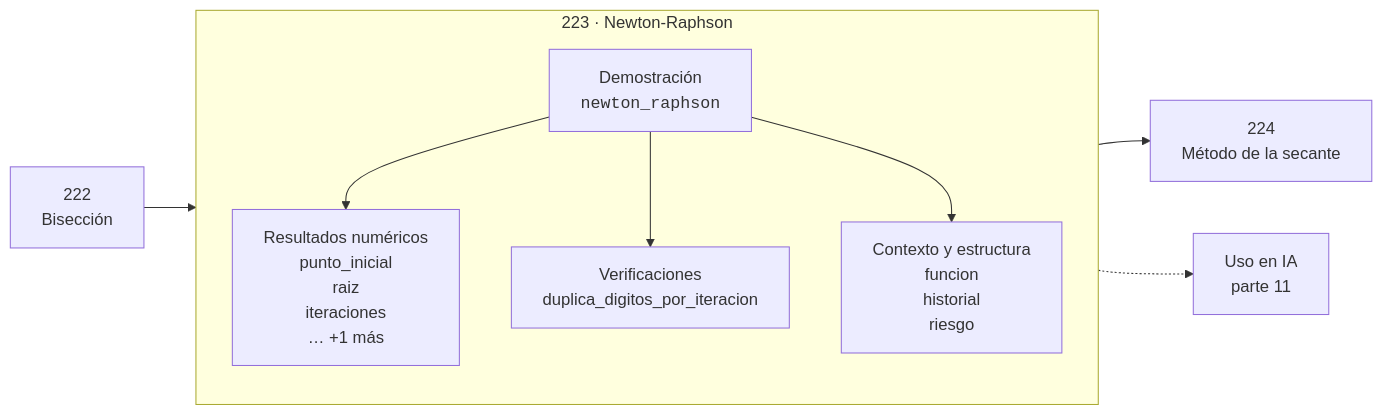
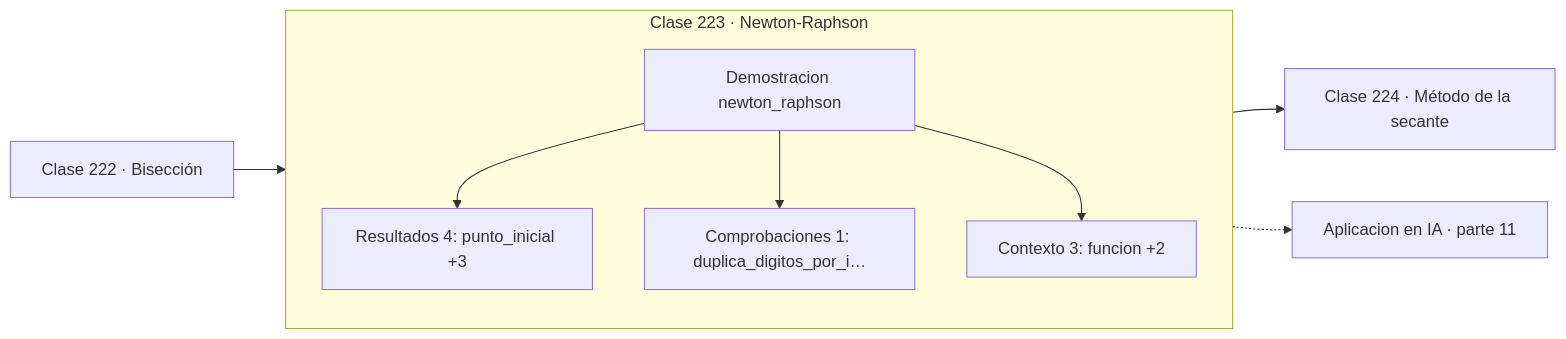
One commit to vladimiracunadev-create/computational-mathematics-program changed the diagram in classes/part-11-metodos-numericos-y-computacion-cientifica/223-newton-raphson/README.md. Above: the diagram before and after it, drawn with Mermaid. The commit also changed 389 other files, not shown here.

First line of the commit message:
fix(diagramas): elimina el HTML de las etiquetas Mermaid

````diff
--- a/classes/part-11-metodos-numericos-y-computacion-cientifica/223-newton-raphson/README.md
+++ b/classes/part-11-metodos-numericos-y-computacion-cientifica/223-newton-raphson/README.md
@@ -30,12 +30,13 @@
 ```mermaid
 flowchart LR
-    P["222<br/>Bisección"] --> C
-    subgraph C["223 · Newton-Raphson"]
+    P["Clase 222 · Bisección"] --> D
+    subgraph CLASE["Clase 223 · Newton-Raphson"]
         direction TB
-        D["Demostración<br/><code>newton_raphson</code>"] --> R["Resultados numéricos<br/>punto_inicial<br/>raiz<br/>iteraciones<br/>… +1 más"]
-        D --> V["Verificaciones<br/>duplica_digitos_por_iteracion"]
-        D --> O["Contexto y estructura<br/>funcion<br/>historial<br/>riesgo"]
+        D["Demostracion newton_raphson"]
+        D --> R["Resultados 4: punto_inicial +3"]
+        D --> V["Comprobaciones 1: duplica_digitos_por_i…"]
+        D --> O["Contexto 3: funcion +2"]
     end
-    C --> N["224<br/>Método de la secante"]
-    C -.-> IA["Uso en IA<br/>parte 11"]
+    R --> N["Clase 224 · Método de la secante"]
+    V -.-> IA["Aplicacion en IA · parte 11"]
 ```
````
